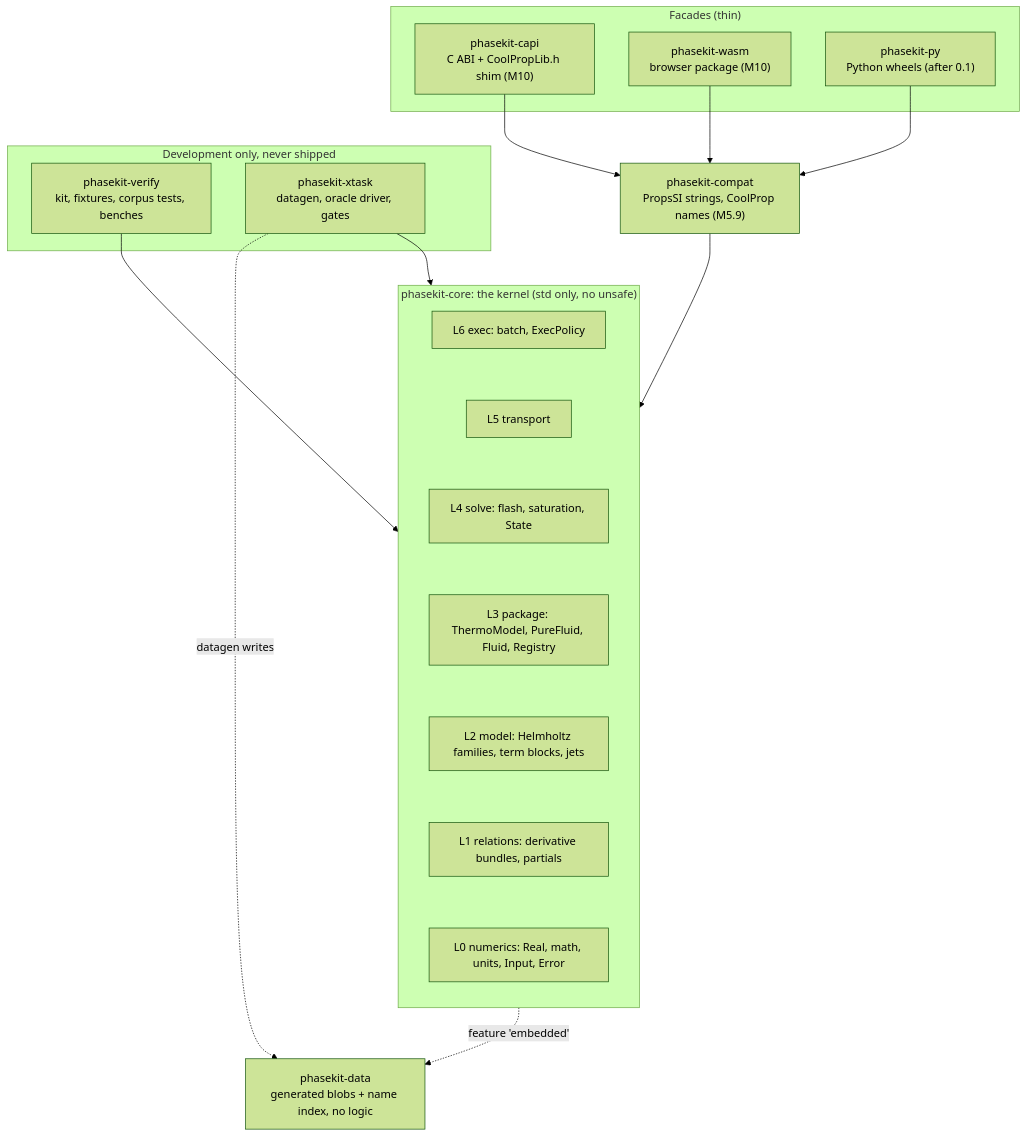
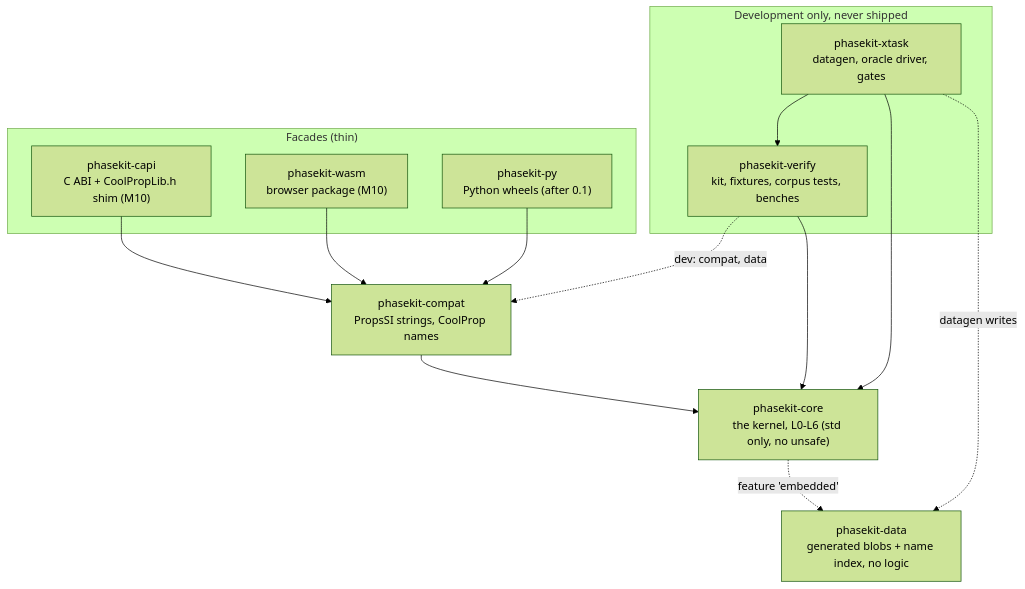
The first of 4 diagrams in docs/ARCHITECTURE.md (Dzoay/phasekit), drawn with Mermaid (forest theme) before and after one commit. The commit also changed other lines of this file and 81 other files, not shown here.

````diff
--- a/docs/ARCHITECTURE.md
+++ b/docs/ARCHITECTURE.md
@@ -92,33 +55,25 @@
 ```mermaid
 flowchart TB
   subgraph facades["Facades (thin)"]
     capi["phasekit-capi<br/>C ABI + CoolPropLib.h shim (M10)"]
     wasm["phasekit-wasm<br/>browser package (M10)"]
     py["phasekit-py<br/>Python wheels (after 0.1)"]
   end
-  compat["phasekit-compat<br/>PropsSI strings, CoolProp names (M5.9)"]
-  subgraph core["phasekit-core: the kernel (std only, no unsafe)"]
-    direction TB
-    L6["L6 exec: batch, ExecPolicy"]
-    L5["L5 transport"]
-    L4["L4 solve: flash, saturation, State"]
-    L3["L3 package: ThermoModel, PureFluid, Fluid, Registry"]
-    L2["L2 model: Helmholtz families, term blocks, jets"]
-    L1["L1 relations: derivative bundles, partials"]
-    L0["L0 numerics: Real, math, units, Input, Error"]
-    L6 ~~~ L5 ~~~ L4 ~~~ L3 ~~~ L2 ~~~ L1 ~~~ L0
-  end
+  compat["phasekit-compat<br/>PropsSI strings, CoolProp names"]
+  core["phasekit-core<br/>the kernel, L0-L6 (std only, no unsafe)"]
   pkdata["phasekit-data<br/>generated blobs + name index, no logic"]
   subgraph dev["Development only, never shipped"]
     verify["phasekit-verify<br/>kit, fixtures, corpus tests, benches"]
     xtask["phasekit-xtask<br/>datagen, oracle driver, gates"]
   end
   capi --> compat
   wasm --> compat
   py --> compat
   compat --> core
   core -. "feature 'embedded'" .-> pkdata
   verify --> core
+  verify -. "dev: compat, data" .-> compat
   xtask --> core
+  xtask --> verify
   xtask -. "datagen writes" .-> pkdata
 ```
````
